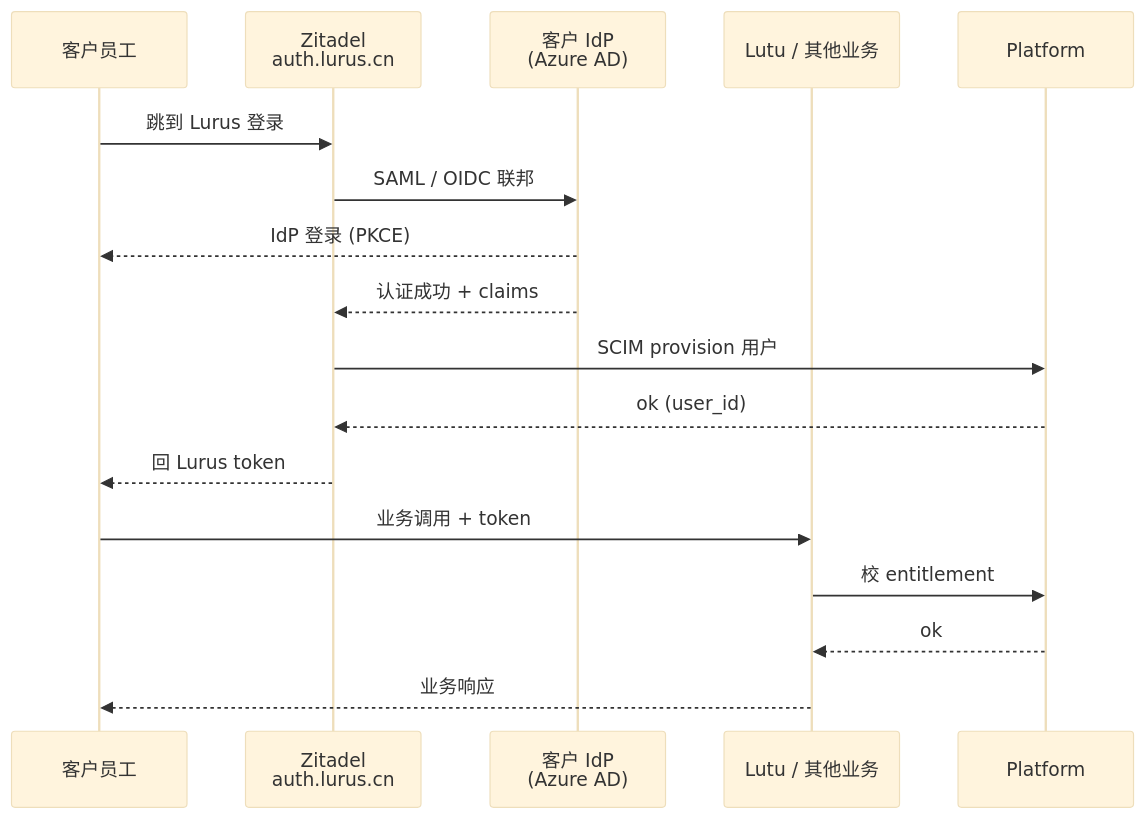
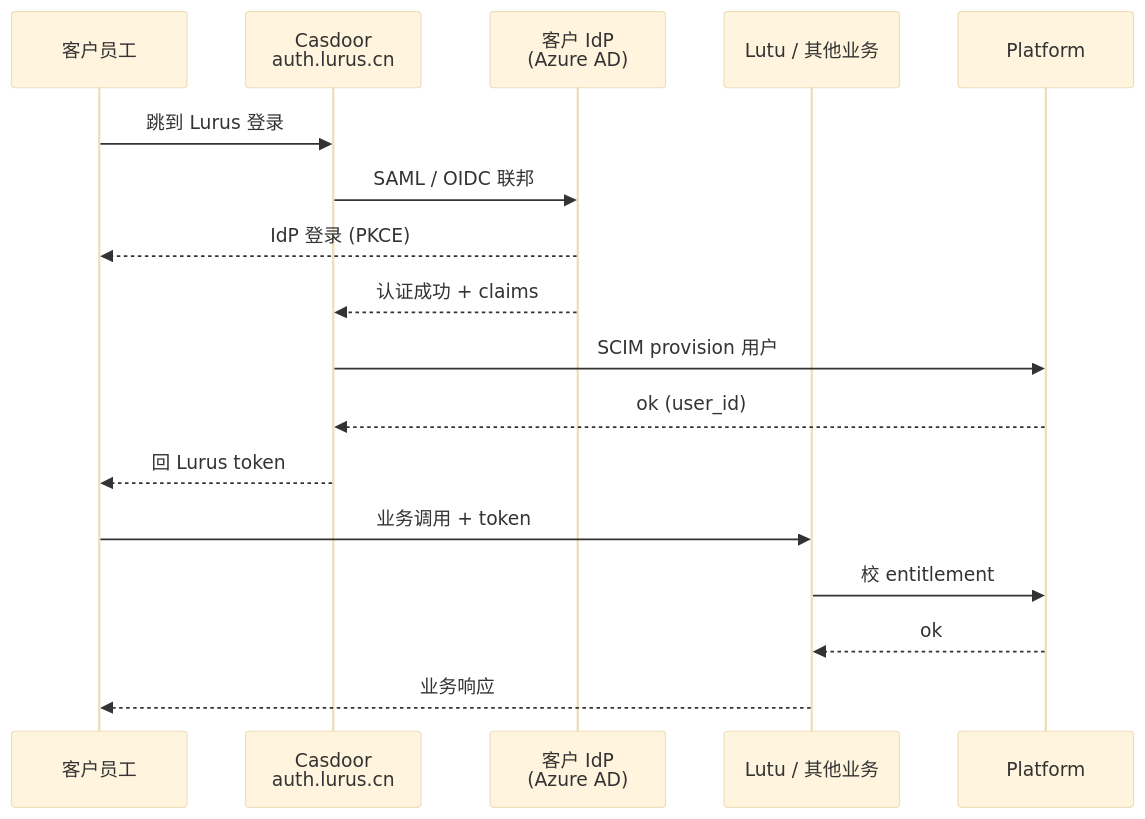
Before and after one commit to hanmahong5-arch/lurus-docs: the fourth of 8 diagrams in internal/cross/integration-recipes.md, drawn with Mermaid (base theme). The commit also changed other lines of this file and 30 other files, not shown here.

Commit message:
docs(internal): IdP 术语同步 Zitadel → Casdoor(vendor-neutral OIDC 迁移文档面)

````diff
--- a/internal/cross/integration-recipes.md
+++ b/internal/cross/integration-recipes.md
@@ -199,20 +199,20 @@
 ```mermaid
 sequenceDiagram
   participant U as 客户员工
-  participant Z as Zitadel<br/>auth.lurus.cn
+  participant Z as Casdoor<br/>auth.lurus.cn
   participant IDP as 客户 IdP<br/>(Azure AD)
   participant LU as Lutu / 其他业务
   participant PF as Platform
 
   U->>Z: 跳到 Lurus 登录
   Z->>IDP: SAML / OIDC 联邦
   IDP-->>U: IdP 登录 (PKCE)
   IDP-->>Z: 认证成功 + claims
   Z->>PF: SCIM provision 用户
   PF-->>Z: ok (user_id)
   Z-->>U: 回 Lurus token
   U->>LU: 业务调用 + token
   LU->>PF: 校 entitlement
   PF-->>LU: ok
   LU-->>U: 业务响应
 ```
````
